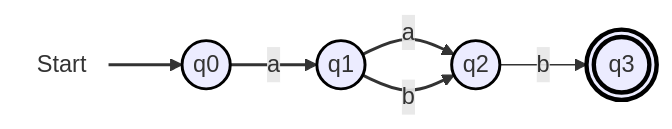
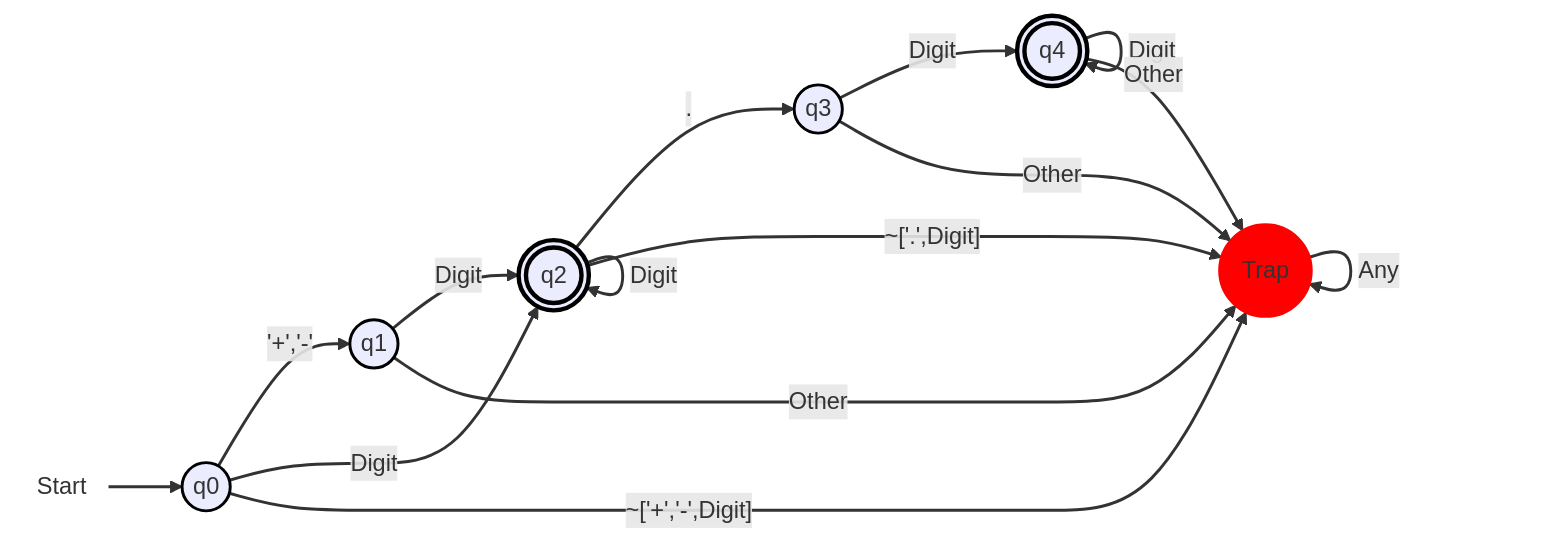
Before and after one commit to CS-Tiny-Compiler/a-tiny-compiler: the first of 9 diagrams in docs/DFA.md, drawn with Mermaid. The commit also changed other lines of this file and 1 other file, not shown here.

````diff
--- a/docs/DFA.md
+++ b/docs/DFA.md
@@ -7,15 +10,28 @@
 ```mermaid
-flowchart LR
-  start(((Start))):::startNode --> q0(("q0")):::normal
-  q0 --> |a| q1(("q1")):::normal
-  q1 --> |a| q2(("q2")):::normal
-  q1 --> |b| q2
-  q2 --> |b| q3((("q3"))):::finalState
+  flowchart LR
+    start(((Start))):::startNode --> q0(("q0")):::normal
 
-  classDef startNode fill:none,stroke:none;
-  classDef normal stroke:#000,stroke-width:2px;
-  classDef finalState stroke:#000,stroke-width:3px;
+    q0 --> |"'+','-'"| q1(("q1")):::normal
+    q0 --> |Digit| q2((("q2"))):::finalState
+    q0 --> |"~['+','-',Digit]"| trap((("Trap"))):::trap
+    q1 --> |Digit| q2
+    q1 --> |Other| trap
+    q2 --> |"."| q3(("q3")):::normal
+    q2 --> |"~['.',Digit]"| trap
+    q2 --> |Digit| q2
+    q3 --> |Digit| q4((("q4"))):::finalState
+    q3 --> |Other| trap
+    q4 --> |Digit| q4
+    q4 --> |Other| trap
 
-  linkStyle 0 stroke-width:2px;
-  linkStyle 1,2,3 stroke:#333,stroke-width:2px,fill:none;
+    trap --> |Any| trap
+
+    classDef startNode fill:none,stroke:none;
+    classDef normal stroke:#000,stroke-width:2px;
+    classDef finalState stroke:#000,stroke-width:3px;
+    classDef trap fill:#f00,stroke:#f00,stroke-width:2px;
+
+    linkStyle 0 stroke-width:2px;
+    linkStyle default stroke:#333,stroke-width:2px,fill:none;
+
 ```
````
